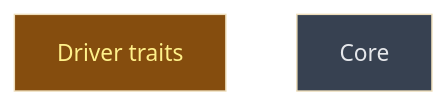
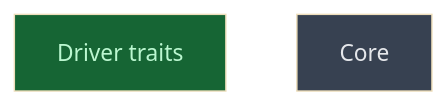
Before and after one commit to CrackingShells/Candler: the diagram in __roadmap__/m4-session-runner/traits/README.md, drawn with Mermaid (base theme). The commit also changed other lines of this file, not shown here.

Commit message:
rdm(runner): mark driver_traits done

````diff
--- a/__roadmap__/m4-session-runner/traits/README.md
+++ b/__roadmap__/m4-session-runner/traits/README.md
@@ -18,10 +18,10 @@
 ```mermaid
 graph TD
-    driver_traits[Driver traits]:::inprogress
+    driver_traits[Driver traits]:::done
     core[Core]:::planned
     classDef done       fill:#166534,color:#bbf7d0
     classDef inprogress fill:#854d0e,color:#fef08a
     classDef planned    fill:#374151,color:#e5e7eb
     classDef amendment  fill:#1e3a5f,color:#bfdbfe
     classDef blocked    fill:#7f1d1d,color:#fecaca
 ```
````
